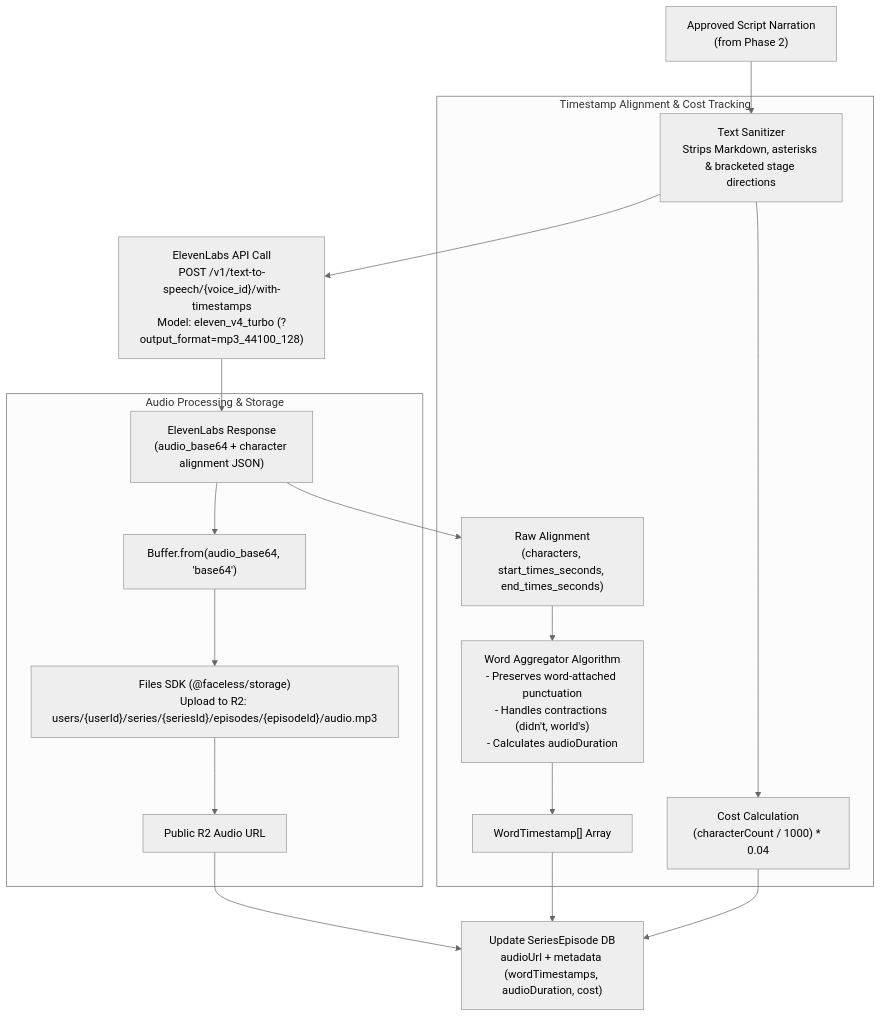
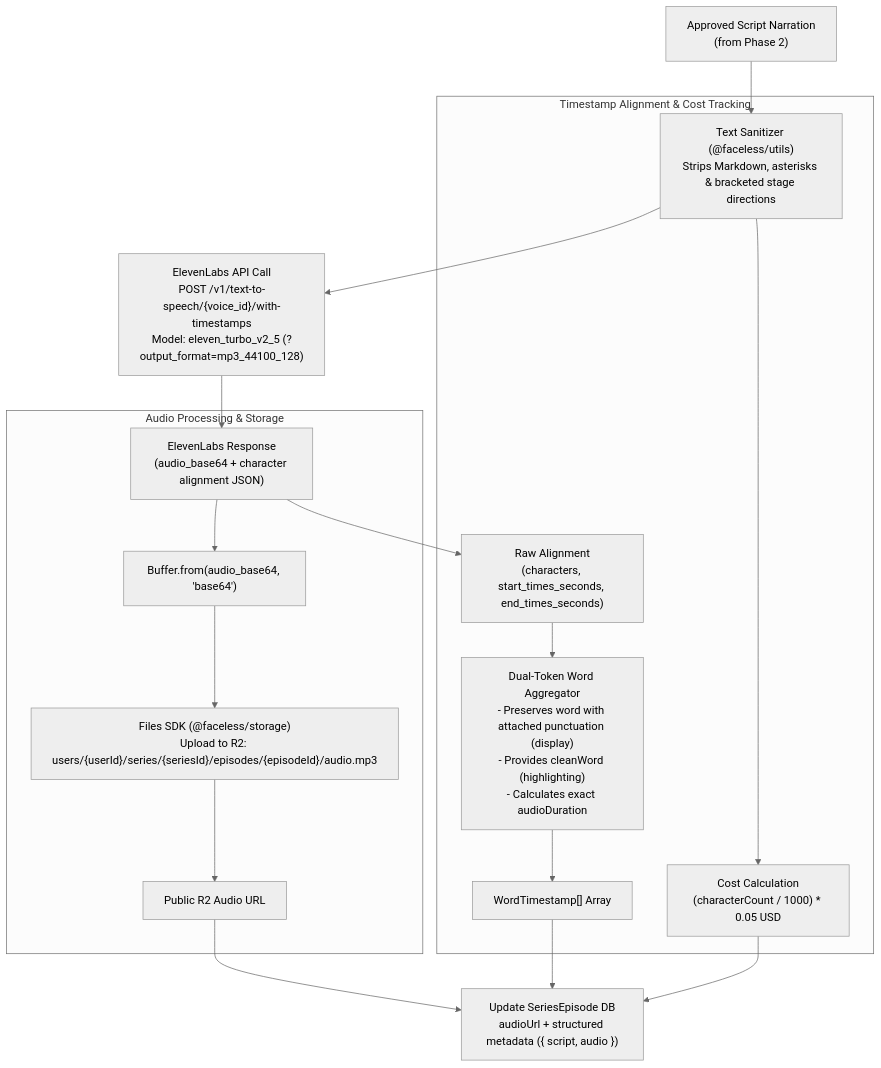
Before and after one commit to dzulhelmynazri/faceless: the diagram in plan/phase-3-elevenlabs-tts-word-timestamps.md, drawn with Mermaid (neutral theme). The commit also changed other lines of this file and 3 other files, not shown here.

Commit message:
docs: update unit economics in COSTS.md and finalize Phase 3 ElevenLabs plan

````diff
--- a/plan/phase-3-elevenlabs-tts-word-timestamps.md
+++ b/plan/phase-3-elevenlabs-tts-word-timestamps.md
@@ -11,25 +13,25 @@
 ```mermaid
 flowchart TD
-    Script["Approved Script Narration<br/>(from Phase 2)"] --> Sanitizer["Text Sanitizer<br/>Strips Markdown, asterisks & bracketed stage directions"]
+    Script["Approved Script Narration<br/>(from Phase 2)"] --> Sanitizer["Text Sanitizer (@faceless/utils)<br/>Strips Markdown, asterisks & bracketed stage directions"]
 
-    Sanitizer --> TTSRequest["ElevenLabs API Call<br/>POST /v1/text-to-speech/{voice_id}/with-timestamps<br/>Model: eleven_v4_turbo (?output_format=mp3_44100_128)"]
+    Sanitizer --> TTSRequest["ElevenLabs API Call<br/>POST /v1/text-to-speech/{voice_id}/with-timestamps<br/>Model: eleven_turbo_v2_5 (?output_format=mp3_44100_128)"]
 
     TTSRequest --> RawResponse["ElevenLabs Response<br/>(audio_base64 + character alignment JSON)"]
 
     subgraph "Audio Processing & Storage"
         RawResponse --> AudioBuffer["Buffer.from(audio_base64, 'base64')"]
         AudioBuffer --> R2Upload["Files SDK (@faceless/storage)<br/>Upload to R2: users/{userId}/series/{seriesId}/episodes/{episodeId}/audio.mp3"]
         R2Upload --> AudioCDNUrl["Public R2 Audio URL"]
     end
 
     subgraph "Timestamp Alignment & Cost Tracking"
         RawResponse --> AlignmentData["Raw Alignment<br/>(characters, start_times_seconds, end_times_seconds)"]
-        AlignmentData --> WordParser["Word Aggregator Algorithm<br/>- Preserves word-attached punctuation<br/>- Handles contractions (didn't, world's)<br/>- Calculates audioDuration"]
+        AlignmentData --> WordParser["Dual-Token Word Aggregator<br/>- Preserves word with attached punctuation (display)<br/>- Provides cleanWord (highlighting)<br/>- Calculates exact audioDuration"]
         WordParser --> WordTimestamps["WordTimestamp[] Array"]
-        Sanitizer --> CostCalc["Cost Calculation<br/>(characterCount / 1000) * 0.04"]
+        Sanitizer --> CostCalc["Cost Calculation<br/>(characterCount / 1000) * 0.05 USD"]
     end
 
-    AudioCDNUrl --> EpisodeDB["Update SeriesEpisode DB<br/>audioUrl + metadata (wordTimestamps, audioDuration, cost)"]
+    AudioCDNUrl --> EpisodeDB["Update SeriesEpisode DB<br/>audioUrl + structured metadata ({ script, audio })"]
     WordTimestamps --> EpisodeDB
     CostCalc --> EpisodeDB
 ```
````
